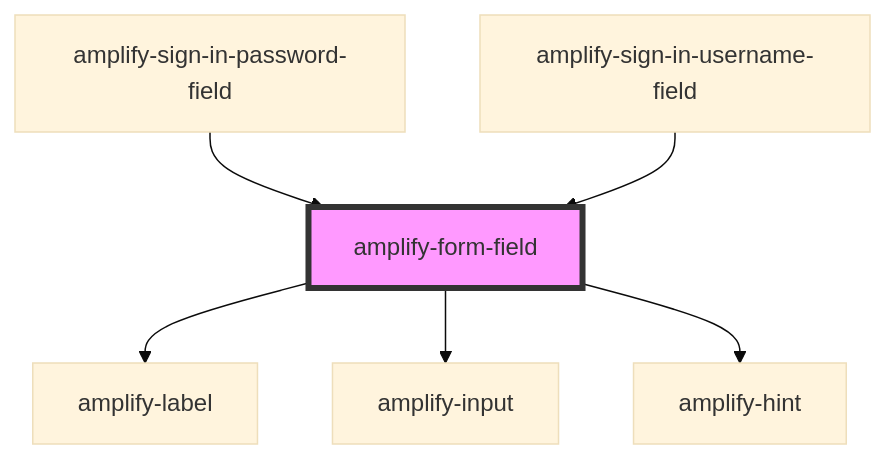
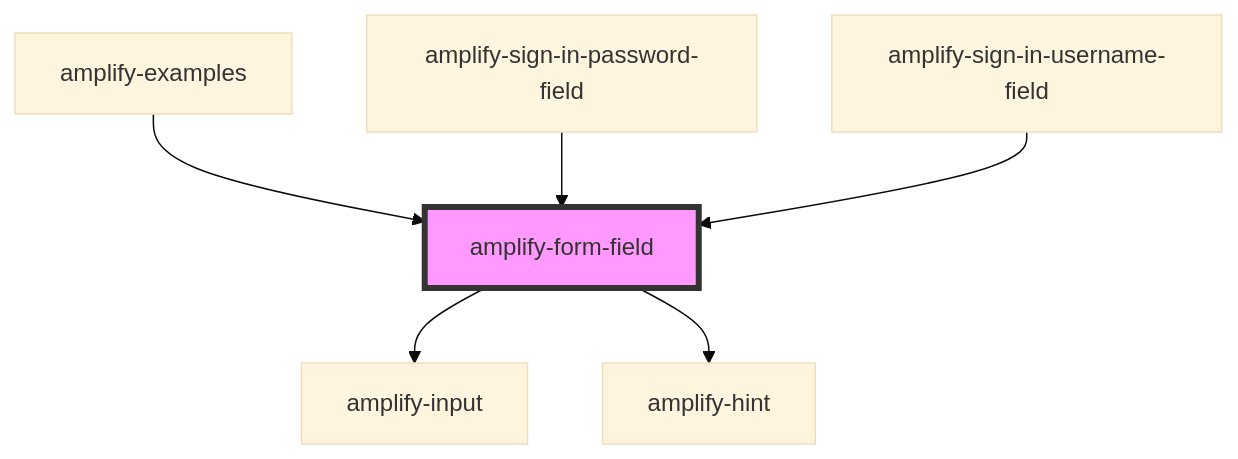
Before and after one commit to OneDev0411/amplify-js: the diagram in packages/amplify-ui-components/src/components/amplify-form-field/readme.md, drawn with Mermaid (base theme). The commit also changed other lines of this file and 19 other files, not shown here.

Commit message:
Replace AmplifyField and AmplifyFormField functionality with combined AmplifyFormField

````diff
--- a/packages/amplify-ui-components/src/components/amplify-form-field/readme.md
+++ b/packages/amplify-ui-components/src/components/amplify-form-field/readme.md
@@ -32,9 +34,9 @@
 ```mermaid
 graph TD;
-  amplify-form-field --> amplify-label
   amplify-form-field --> amplify-input
   amplify-form-field --> amplify-hint
+  amplify-examples --> amplify-form-field
   amplify-sign-in-password-field --> amplify-form-field
   amplify-sign-in-username-field --> amplify-form-field
   style amplify-form-field fill:#f9f,stroke:#333,stroke-width:4px
 ```
````
